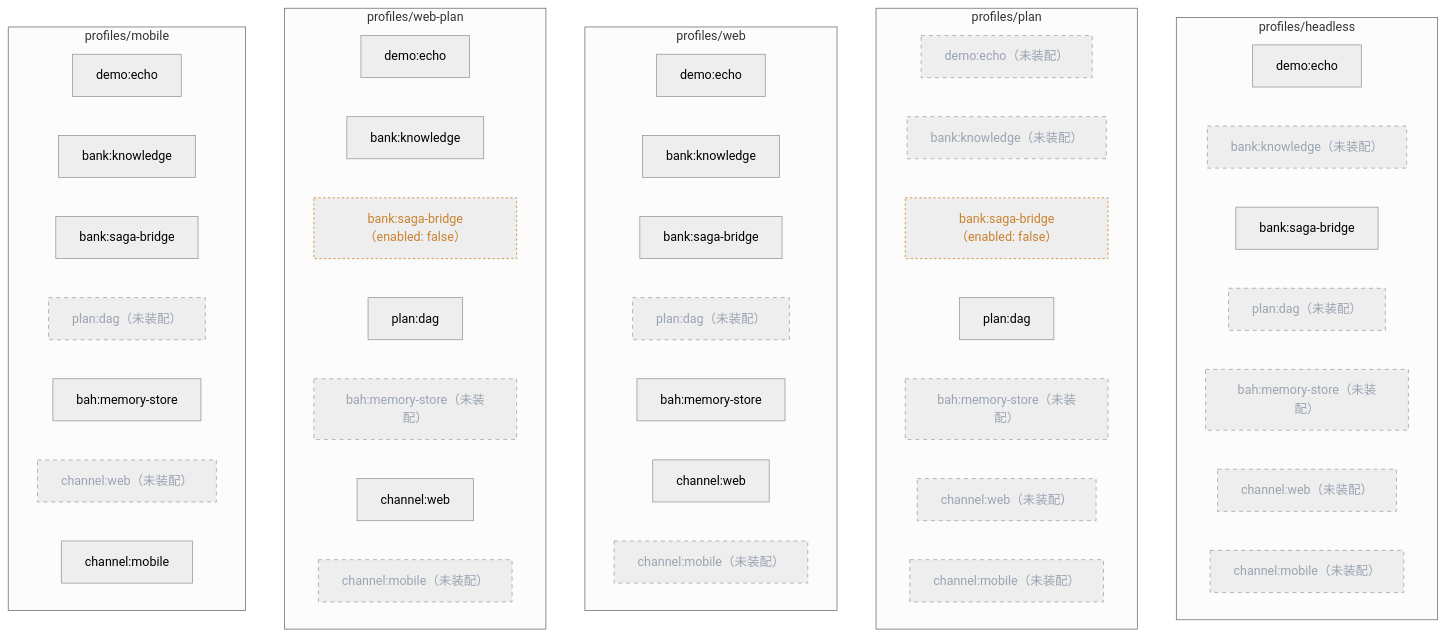
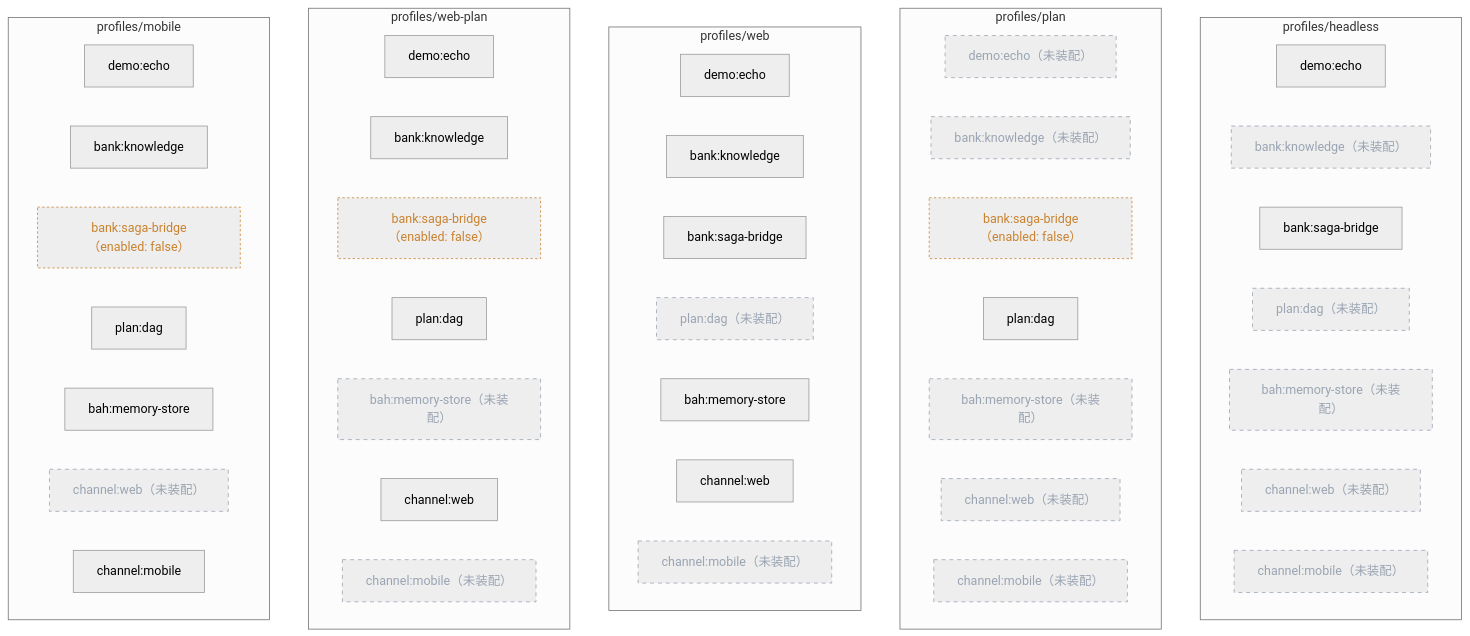
One commit to YYYPROBEE/BAH changed the second of 2 diagrams in docs/architecture.md. Above: the diagram before and after it, drawn with Mermaid (neutral theme). The commit also changed other lines of this file and 94 other files, not shown here.

````diff
--- a/docs/architecture.md
+++ b/docs/architecture.md
@@ -197,52 +197,52 @@
 ```mermaid
 graph TB
   subgraph P_headless["profiles/headless"]
     p8_headless["demo:echo"]
     p11_headless["bank:knowledge（未装配）"]
     p19_headless["bank:saga-bridge"]
     p20_headless["plan:dag（未装配）"]
     p21_headless["bah:memory-store（未装配）"]
     p24_headless["channel:web（未装配）"]
     p25_headless["channel:mobile（未装配）"]
   end
   subgraph P_plan["profiles/plan"]
     p8_plan["demo:echo（未装配）"]
     p11_plan["bank:knowledge（未装配）"]
     p19_plan["bank:saga-bridge（enabled: false）"]
     p20_plan["plan:dag"]
     p21_plan["bah:memory-store（未装配）"]
     p24_plan["channel:web（未装配）"]
     p25_plan["channel:mobile（未装配）"]
   end
   subgraph P_web["profiles/web"]
     p8_web["demo:echo"]
     p11_web["bank:knowledge"]
     p19_web["bank:saga-bridge"]
     p20_web["plan:dag（未装配）"]
     p21_web["bah:memory-store"]
     p24_web["channel:web"]
     p25_web["channel:mobile（未装配）"]
   end
   subgraph P_web-plan["profiles/web-plan"]
     p8_web-plan["demo:echo"]
     p11_web-plan["bank:knowledge"]
     p19_web-plan["bank:saga-bridge（enabled: false）"]
     p20_web-plan["plan:dag"]
     p21_web-plan["bah:memory-store（未装配）"]
     p24_web-plan["channel:web"]
     p25_web-plan["channel:mobile（未装配）"]
   end
   subgraph P_mobile["profiles/mobile"]
     p8_mobile["demo:echo"]
     p11_mobile["bank:knowledge"]
-    p19_mobile["bank:saga-bridge"]
-    p20_mobile["plan:dag（未装配）"]
+    p19_mobile["bank:saga-bridge（enabled: false）"]
+    p20_mobile["plan:dag"]
     p21_mobile["bah:memory-store"]
     p24_mobile["channel:web（未装配）"]
     p25_mobile["channel:mobile"]
   end
   classDef ghost stroke-dasharray: 5 5,stroke:#9aa4b2,color:#9aa4b2
   classDef off stroke-dasharray: 3 3,stroke:#c9822f,color:#c9822f
-  class p11_headless,p20_headless,p21_headless,p24_headless,p25_headless,p8_plan,p11_plan,p21_plan,p24_plan,p25_plan,p20_web,p25_web,p21_web-plan,p25_web-plan,p20_mobile,p24_mobile ghost
-  class p19_plan,p19_web-plan off
+  class p11_headless,p20_headless,p21_headless,p24_headless,p25_headless,p8_plan,p11_plan,p21_plan,p24_plan,p25_plan,p20_web,p25_web,p21_web-plan,p25_web-plan,p24_mobile ghost
+  class p19_plan,p19_web-plan,p19_mobile off
 ```
````
